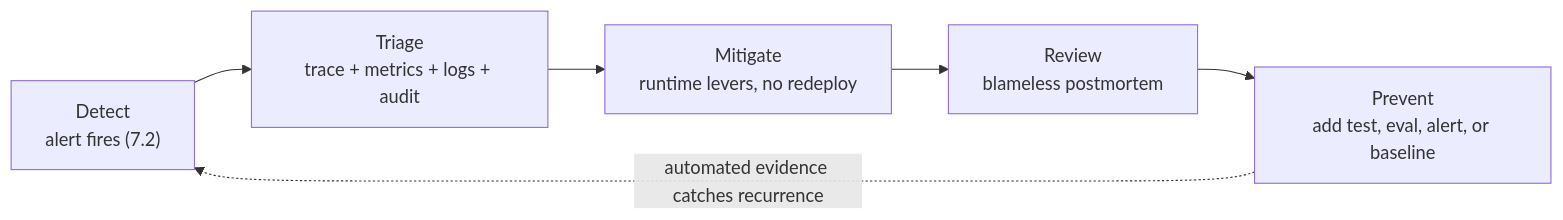
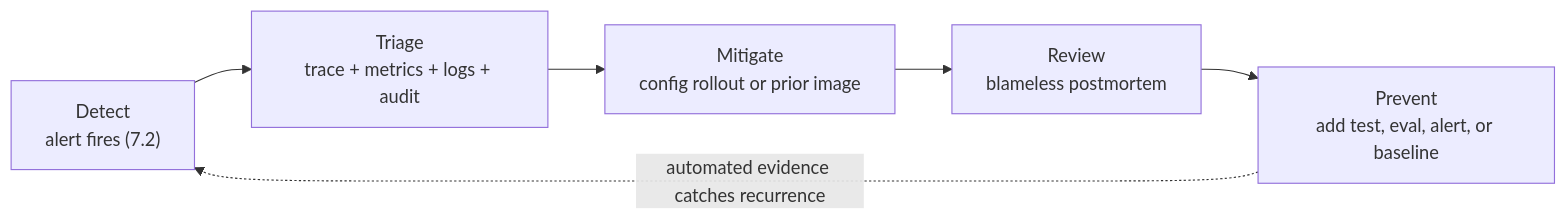
The first of 2 diagrams in docs/7. Observability/7.7. Incident Response.md (LuiGGi629/agentops-open-course), drawn with Mermaid before and after one commit. The commit also changed other lines of this file and 58 other files, not shown here.

````diff
--- a/docs/7. Observability/7.7. Incident Response.md
+++ b/docs/7. Observability/7.7. Incident Response.md
@@ -30,8 +30,8 @@
 ```mermaid
 flowchart LR
     Detect["Detect<br/>alert fires (7.2)"] --> Triage["Triage<br/>trace + metrics + logs + audit"]
-    Triage --> Mitigate["Mitigate<br/>runtime levers, no redeploy"]
+    Triage --> Mitigate["Mitigate<br/>config rollout or prior image"]
     Mitigate --> Review["Review<br/>blameless postmortem"]
     Review --> Prevent["Prevent<br/>add test, eval, alert, or baseline"]
     Prevent -.->|"automated evidence catches recurrence"| Detect
 ```
````
